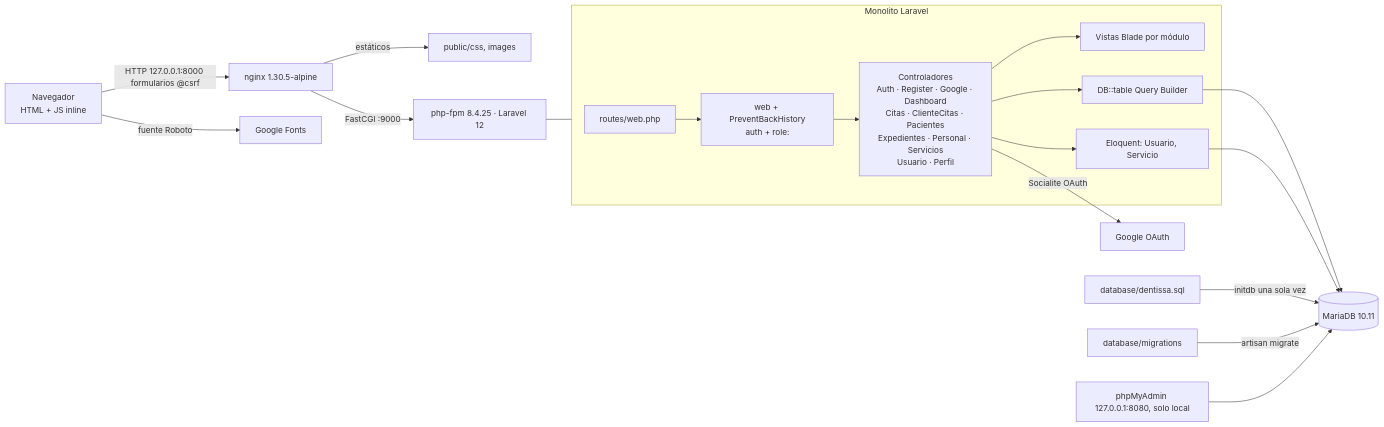
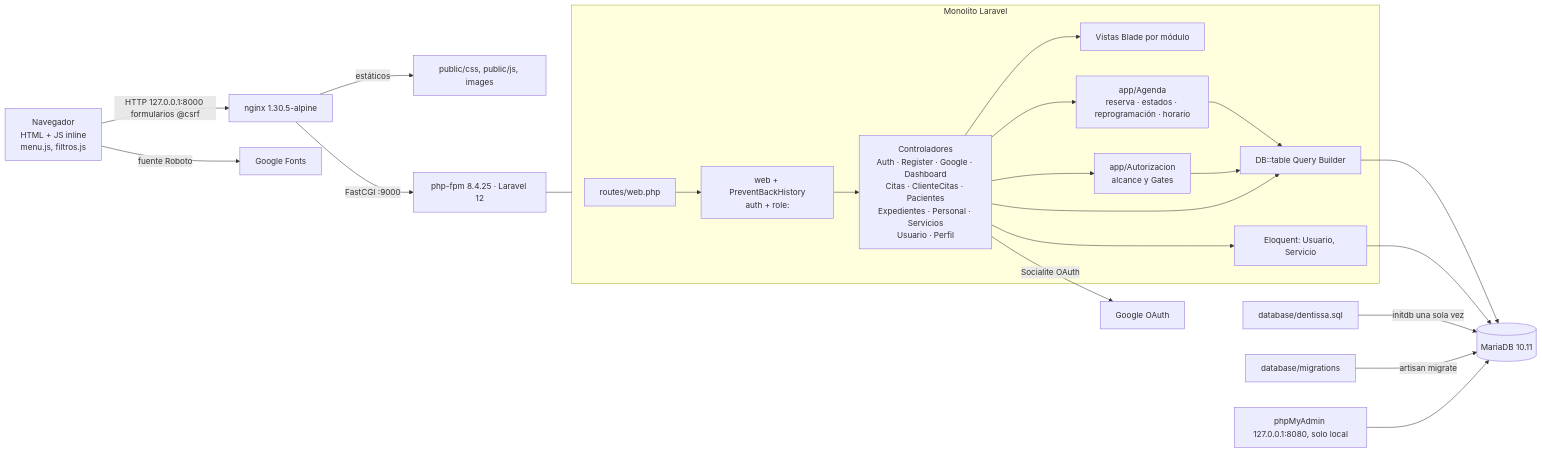
Before and after one commit to gimi34/dentissa: the first of 2 diagrams in docs/architecture.md, drawn with Mermaid. The commit also changed other lines of this file and 12 other files, not shown here.

````diff
--- a/docs/architecture.md
+++ b/docs/architecture.md
@@ -22,21 +23,25 @@
 ```mermaid
 flowchart LR
-  B[Navegador<br/>HTML + JS inline] -->|HTTP 127.0.0.1:8000 formularios @csrf| NX[nginx 1.30.5-alpine]
+  B[Navegador<br/>HTML + JS inline<br/>menu.js, filtros.js] -->|HTTP 127.0.0.1:8000 formularios @csrf| NX[nginx 1.30.5-alpine]
   B -->|fuente Roboto| GF[Google Fonts]
-  NX -->|estáticos| PUB[public/css, images]
+  NX -->|estáticos| PUB[public/css, public/js, images]
   NX -->|FastCGI :9000| APP[php-fpm 8.4.25 · Laravel 12]
   subgraph APP_INT[Monolito Laravel]
     R[routes/web.php] --> MW[web + PreventBackHistory<br/>auth + role:]
     MW --> C[Controladores<br/>Auth · Register · Google · Dashboard<br/>Citas · ClienteCitas · Pacientes<br/>Expedientes · Personal · Servicios<br/>Usuario · Perfil]
     C --> V[Vistas Blade por módulo]
+    C --> AG[app/Agenda<br/>reserva · estados · reprogramación · horario]
+    C --> AU[app/Autorizacion<br/>alcance y Gates]
+    AG --> QB
+    AU --> QB
     C --> QB[DB::table Query Builder]
     C --> M[Eloquent: Usuario, Servicio]
   end
   APP --- APP_INT
   QB --> DB[(MariaDB 10.11)]
   M --> DB
   C -->|Socialite OAuth| G[Google OAuth]
   DUMP[database/dentissa.sql] -->|initdb una sola vez| DB
   MIG[database/migrations] -->|artisan migrate| DB
   PMA[phpMyAdmin 127.0.0.1:8080, solo local] --> DB
 ```
````
